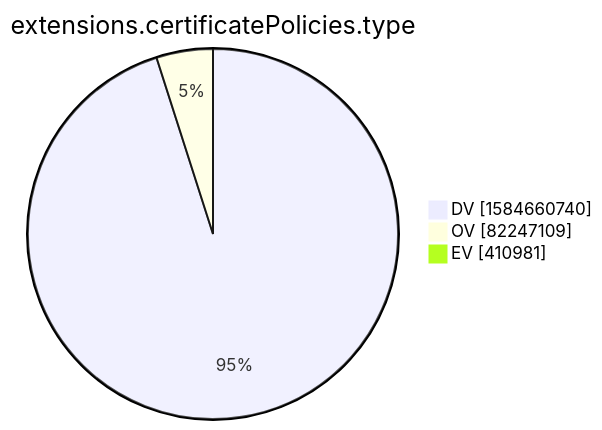
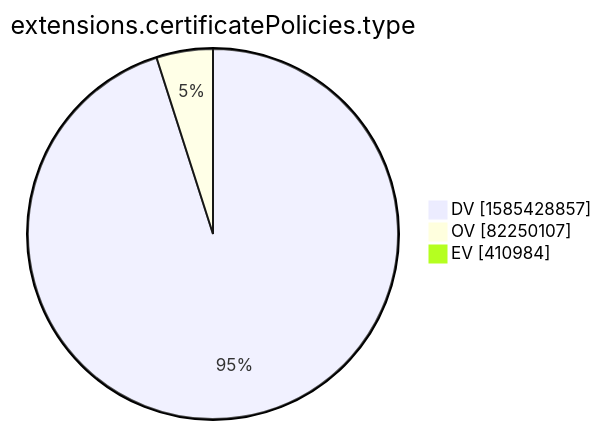
The tenth of 15 diagrams in xenon2022/README.md (christiankrug/ctmonitor_visualization), drawn with Mermaid before and after one commit. The commit also changed other lines of this file, not shown here.

````diff
--- a/xenon2022/README.md
+++ b/xenon2022/README.md
@@ -2877,7 +2877,7 @@
 ```mermaid
 pie showData
 title extensions.certificatePolicies.type
-"DV" :1584660740
-"OV" :82247109
-"EV" :410981
+"DV" :1585428857
+"OV" :82250107
+"EV" :410984
 ```
````
